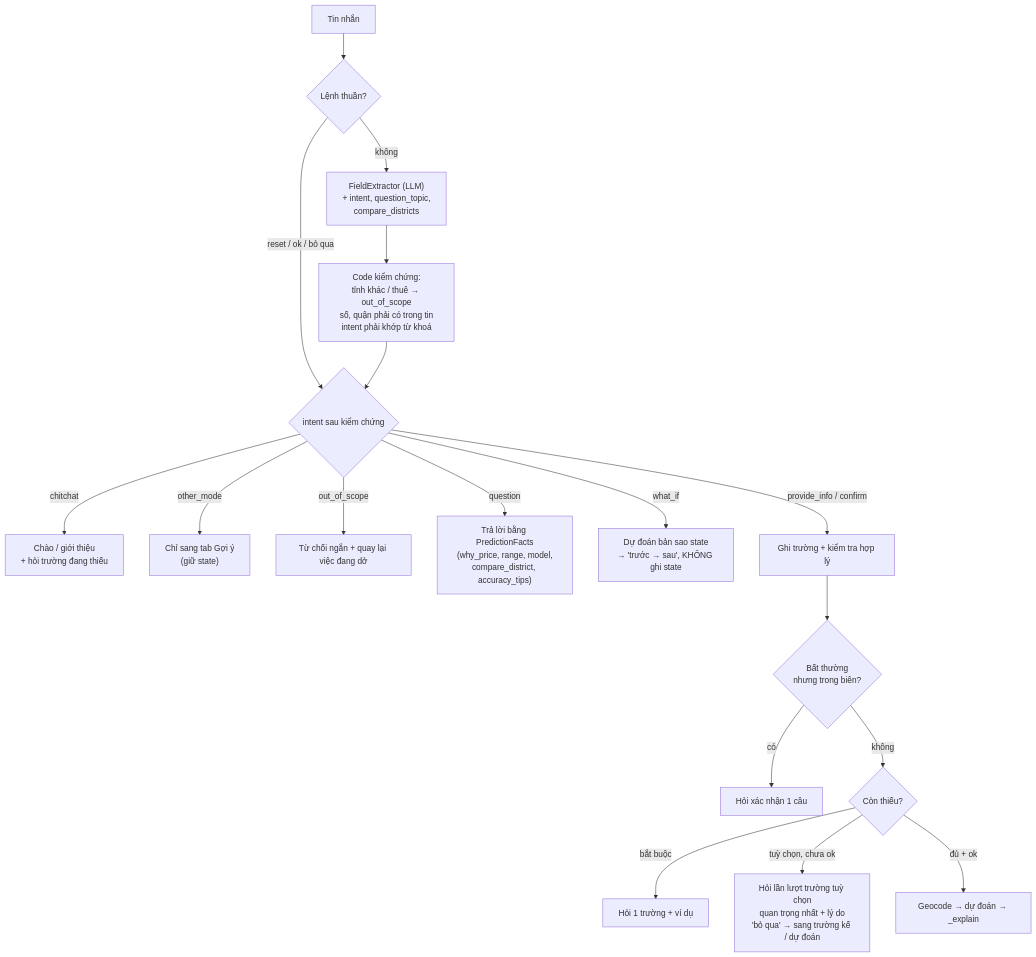
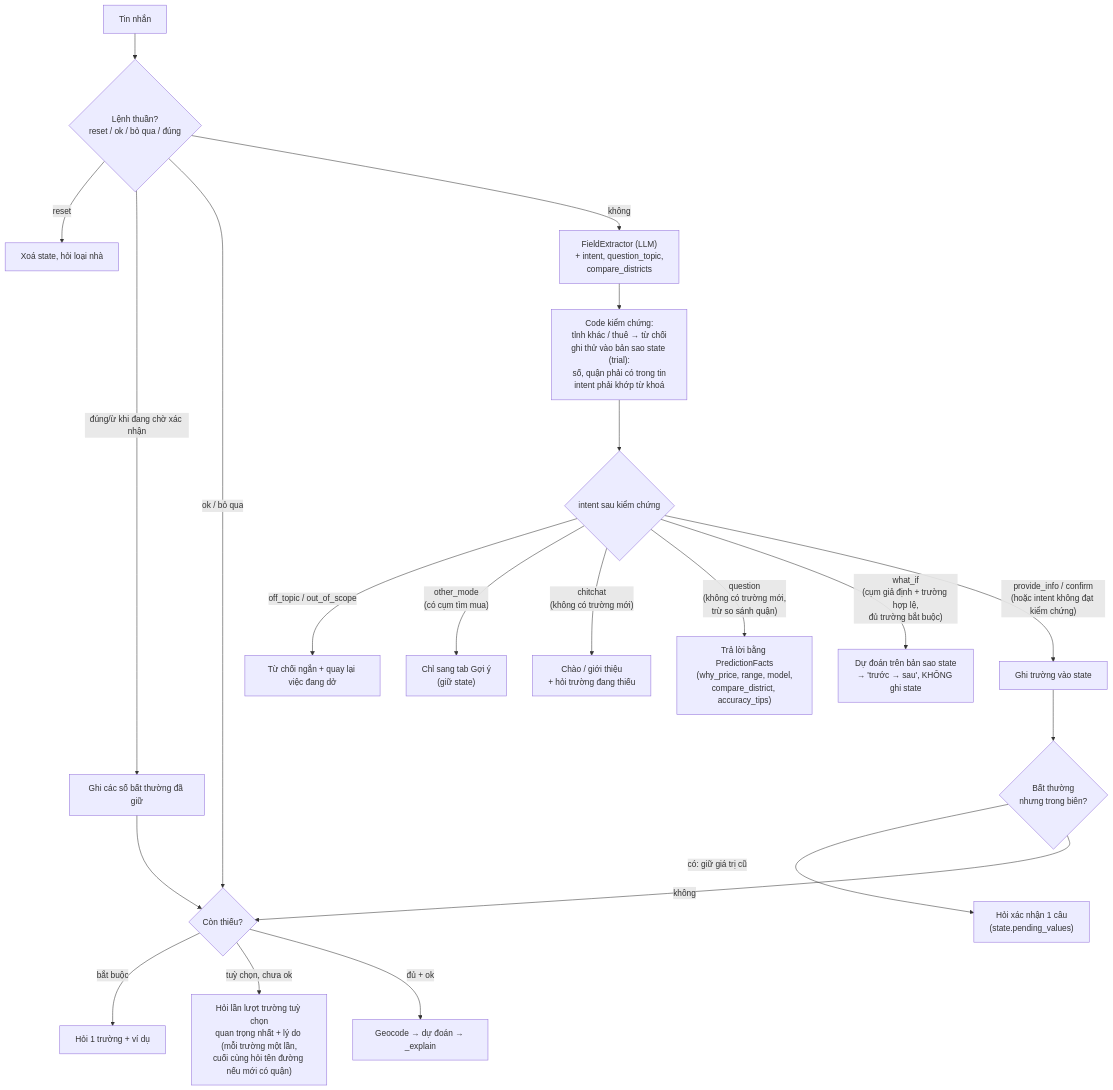
The fifth of 6 diagrams in docs/tasks/chat-intelligence.md (huypro2005/RAG-Real-state), drawn with Mermaid before and after one commit. The commit also changed other lines of this file and 73 other files, not shown here.

````diff
--- a/docs/tasks/chat-intelligence.md
+++ b/docs/tasks/chat-intelligence.md
@@ -129,20 +129,23 @@
 ```mermaid
 flowchart TD
-    M[Tin nhắn] --> CMD{Lệnh thuần?}
-    CMD -->|"reset / ok / bỏ qua"| ROUTE
+    M[Tin nhắn] --> CMD{"Lệnh thuần?<br/>reset / ok / bỏ qua / đúng"}
+    CMD -->|reset| RST[Xoá state, hỏi loại nhà]
+    CMD -->|"đúng/ừ khi đang chờ xác nhận"| HELD["Ghi các số bất thường đã giữ"]
+    CMD -->|"ok / bỏ qua"| NEXT
+    HELD --> NEXT
     CMD -->|không| EX["FieldExtractor (LLM)<br/>+ intent, question_topic,<br/>compare_districts"]
-    EX --> GUARD["Code kiểm chứng:<br/>tỉnh khác / thuê → out_of_scope<br/>số, quận phải có trong tin<br/>intent phải khớp từ khoá"]
+    EX --> GUARD["Code kiểm chứng:<br/>tỉnh khác / thuê → từ chối<br/>ghi thử vào bản sao state (trial):<br/>số, quận phải có trong tin<br/>intent phải khớp từ khoá"]
     GUARD --> ROUTE{intent sau kiểm chứng}
-    ROUTE -->|chitchat| CH["Chào / giới thiệu<br/>+ hỏi trường đang thiếu"]
-    ROUTE -->|other_mode| OM["Chỉ sang tab Gợi ý<br/>(giữ state)"]
-    ROUTE -->|out_of_scope| REF[Từ chối ngắn + quay lại việc đang dở]
-    ROUTE -->|question| Q["Trả lời bằng PredictionFacts<br/>(why_price, range, model,<br/>compare_district, accuracy_tips)"]
-    ROUTE -->|what_if| W["Dự đoán bản sao state<br/>→ 'trước → sau', KHÔNG ghi state"]
-    ROUTE -->|"provide_info / confirm"| APPLY[Ghi trường + kiểm tra hợp lý]
+    ROUTE -->|"off_topic / out_of_scope"| REF[Từ chối ngắn + quay lại việc đang dở]
+    ROUTE -->|"other_mode<br/>(có cụm tìm mua)"| OM["Chỉ sang tab Gợi ý<br/>(giữ state)"]
+    ROUTE -->|"chitchat<br/>(không có trường mới)"| CH["Chào / giới thiệu<br/>+ hỏi trường đang thiếu"]
+    ROUTE -->|"question<br/>(không có trường mới,<br/>trừ so sánh quận)"| Q["Trả lời bằng PredictionFacts<br/>(why_price, range, model,<br/>compare_district, accuracy_tips)"]
+    ROUTE -->|"what_if<br/>(cụm giả định + trường hợp lệ,<br/>đủ trường bắt buộc)"| W["Dự đoán trên bản sao state<br/>→ 'trước → sau', KHÔNG ghi state"]
+    ROUTE -->|"provide_info / confirm<br/>(hoặc intent không đạt kiểm chứng)"| APPLY[Ghi trường vào state]
     APPLY --> CHECK{"Bất thường<br/>nhưng trong biên?"}
-    CHECK -->|có| CONF[Hỏi xác nhận 1 câu]
+    CHECK -->|"có: giữ giá trị cũ"| CONF["Hỏi xác nhận 1 câu<br/>(state.pending_values)"]
     CHECK -->|không| NEXT{Còn thiếu?}
     NEXT -->|bắt buộc| ASK[Hỏi 1 trường + ví dụ]
-    NEXT -->|"tuỳ chọn, chưa ok"| OPT["Hỏi lần lượt trường tuỳ chọn<br/>quan trọng nhất + lý do<br/>'bỏ qua' → sang trường kế / dự đoán"]
+    NEXT -->|"tuỳ chọn, chưa ok"| OPT["Hỏi lần lượt trường tuỳ chọn<br/>quan trọng nhất + lý do (mỗi trường một lần,<br/>cuối cùng hỏi tên đường nếu mới có quận)"]
     NEXT -->|"đủ + ok"| PRD[Geocode → dự đoán → _explain]
 ```
````
